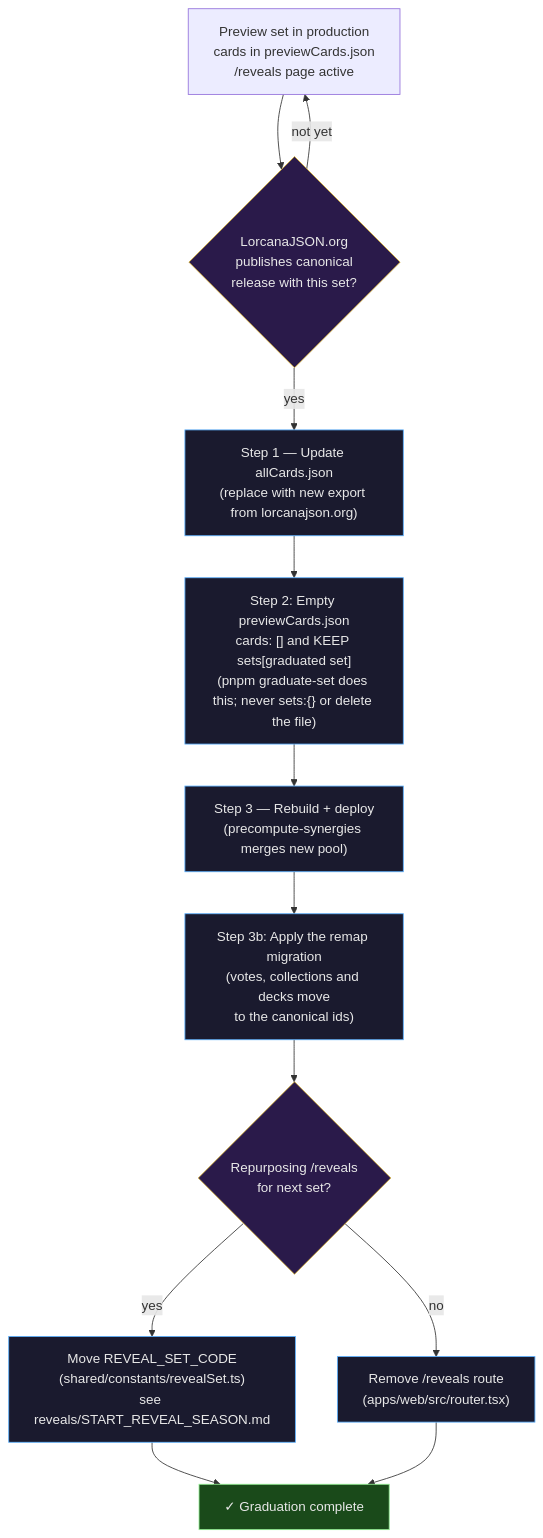
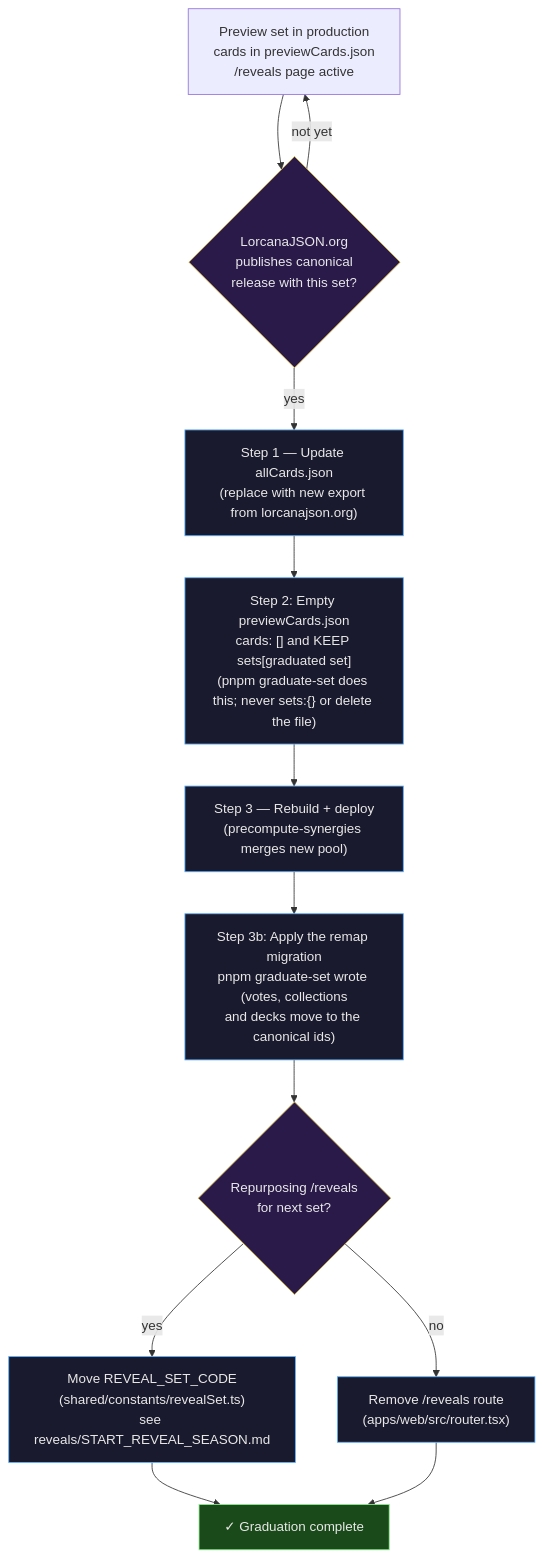
Before and after one commit to Doberjohn/inkweave: the sixth of 6 diagrams in docs/CARD_DATA_PIPELINE.md, drawn with Mermaid. The commit also changed other lines of this file and 3 other files, not shown here.

First line of the commit message:
fix(votes): stop graduation on unmapped preview ids, keep undo honest (#748)

````diff
--- a/docs/CARD_DATA_PIPELINE.md
+++ b/docs/CARD_DATA_PIPELINE.md
@@ -997,25 +997,25 @@
 ```mermaid
 flowchart TD
     S0[Preview set in production<br/>cards in previewCards.json<br/>/reveals page active] --> Check{LorcanaJSON.org<br/>publishes canonical<br/>release with this set?}
     Check -->|not yet| S0
     Check -->|yes| Step1
     Step1["Step 1 — Update allCards.json<br/>(replace with new export from lorcanajson.org)"]
     Step2["Step 2: Empty previewCards.json<br/>cards: [] and KEEP sets[graduated set]<br/>(pnpm graduate-set does this; never sets:{} or delete the file)"]
     Step3["Step 3 — Rebuild + deploy<br/>(precompute-synergies merges new pool)"]
-    StepR["Step 3b: Apply the remap migration<br/>(votes, collections and decks move<br/>to the canonical ids)"]
+    StepR["Step 3b: Apply the remap migration<br/>pnpm graduate-set wrote (votes, collections<br/>and decks move to the canonical ids)"]
     Step4{Repurposing /reveals<br/>for next set?}
     Step5["Move REVEAL_SET_CODE<br/>(shared/constants/revealSet.ts)<br/>see reveals/START_REVEAL_SEASON.md"]
     Step6["Remove /reveals route<br/>(apps/web/src/router.tsx)"]
     Done["✓ Graduation complete"]
 
     Step1 --> Step2 --> Step3 --> StepR --> Step4
     Step4 -->|yes| Step5 --> Done
     Step4 -->|no| Step6 --> Done
 
     classDef step fill:#1a1a2e,stroke:#5cb1ff,color:#e8e8e8
     classDef decision fill:#2a1a4a,stroke:#d4af37,color:#e8e8e8
     classDef terminal fill:#1a4a1a,stroke:#90ee90,color:#e8e8e8
     class Step1,Step2,Step3,StepR,Step5,Step6 step
     class Check,Step4 decision
     class Done terminal
 ```
````
